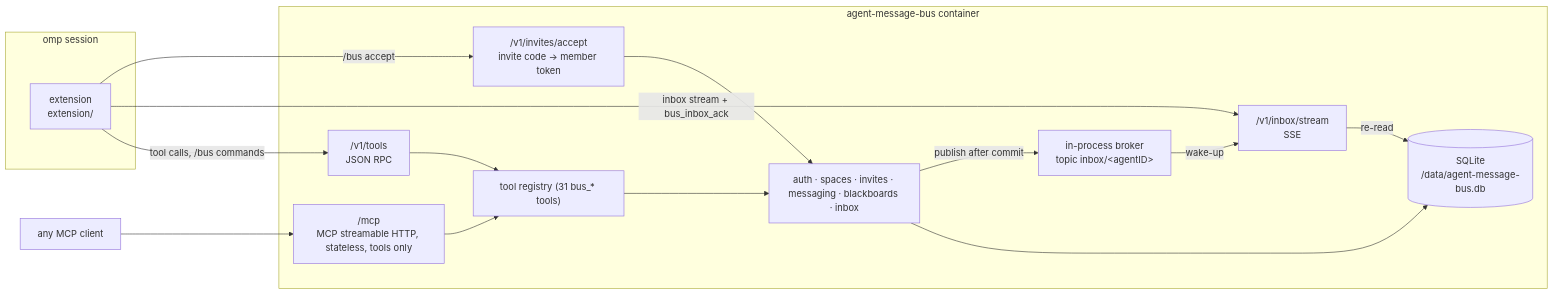
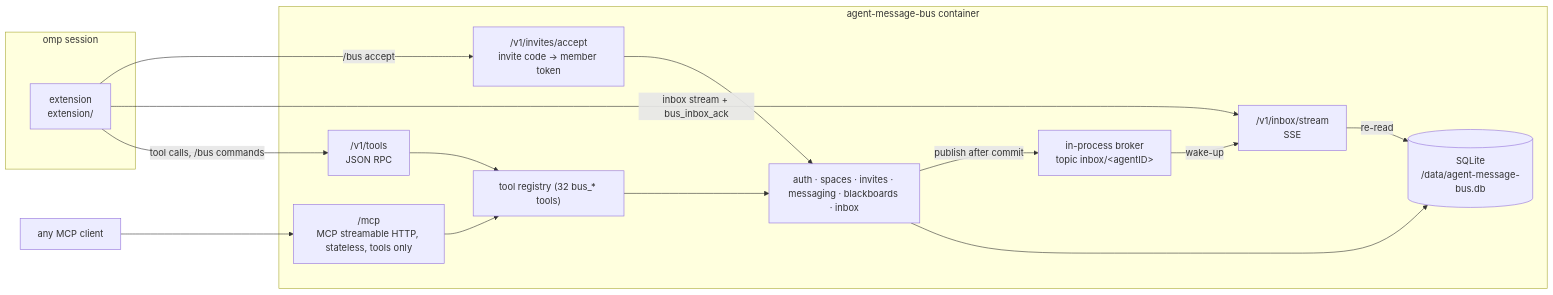
One commit to till-muellers/agent-message-bus changed the diagram in server/spec/README.md. Above: the diagram before and after it, drawn with Mermaid. The commit also changed other lines of this file and 18 other files, not shown here.

````diff
--- a/server/spec/README.md
+++ b/server/spec/README.md
@@ -11,28 +11,28 @@
 ```mermaid
 flowchart LR
   subgraph omp["omp session"]
     ext["extension<br/>extension/"]
   end
   subgraph container["agent-message-bus container"]
     mcp["/mcp<br/>MCP streamable HTTP, stateless, tools only"]
     rpc["/v1/tools<br/>JSON RPC"]
     sse["/v1/inbox/stream<br/>SSE"]
     acc["/v1/invites/accept<br/>invite code → member token"]
-    reg["tool registry (31 bus_* tools)"]
+    reg["tool registry (32 bus_* tools)"]
     feat["auth · spaces · invites · messaging · blackboards · inbox"]
     broker["in-process broker<br/>topic inbox/&lt;agentID&gt;"]
     db[("SQLite<br/>/data/agent-message-bus.db")]
   end
   mcpclient["any MCP client"] --> mcp
   ext -- "tool calls, /bus commands" --> rpc
   ext -- "inbox stream + bus_inbox_ack" --> sse
   ext -- "/bus accept" --> acc
   acc --> feat
   mcp --> reg
   rpc --> reg
   reg --> feat
   feat --> db
   feat -- "publish after commit" --> broker
   broker -- "wake-up" --> sse
   sse -- "re-read" --> db
 ```
````
